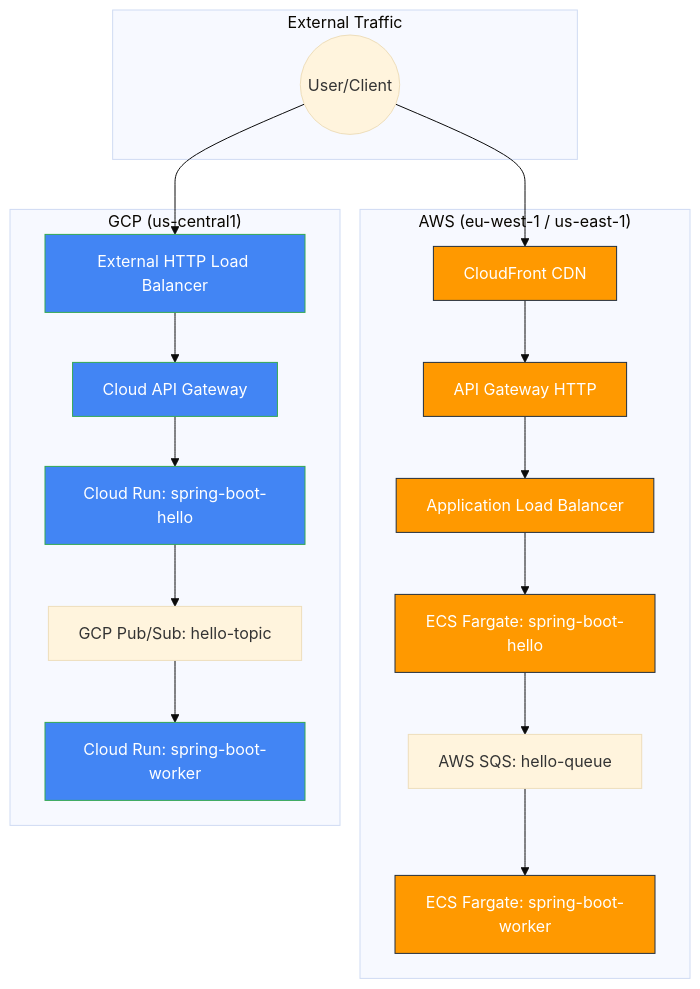
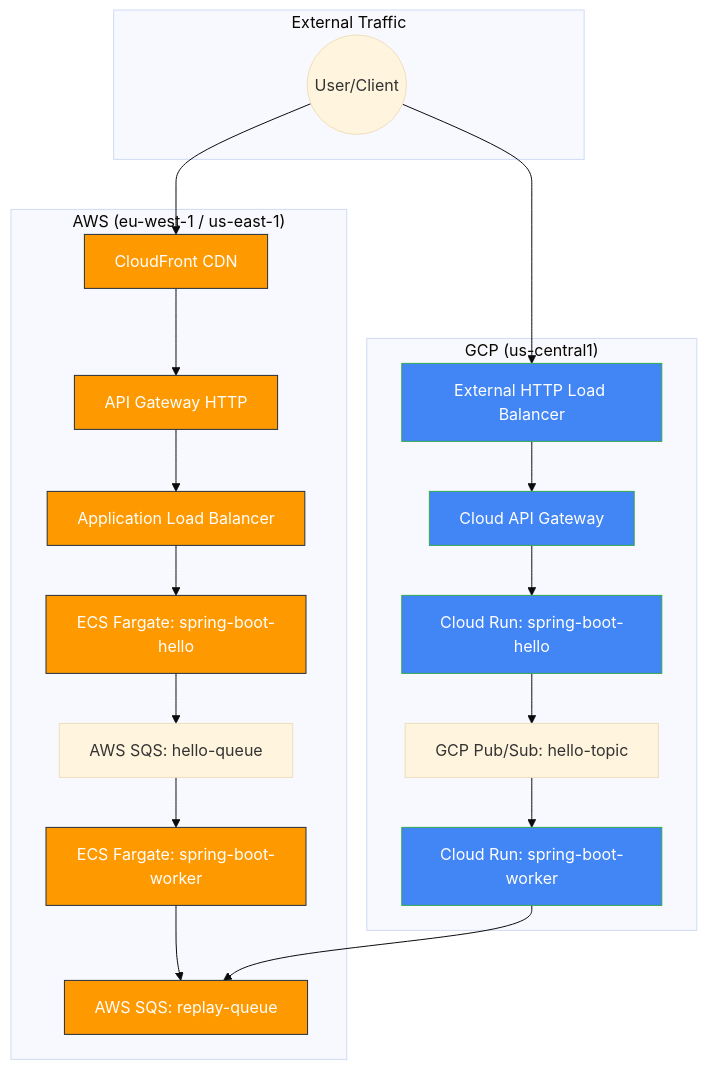
Before and after one commit to Dale-Harrison/multi-cloud-test: the diagram in ARCHITECTURE.md, drawn with Mermaid (base theme). The commit also changed other lines of this file and 1 other file, not shown here.

Commit message:
docs: update architecture diagrams with replay-queue

````diff
--- a/ARCHITECTURE.md
+++ b/ARCHITECTURE.md
@@ -9,50 +9,54 @@
 ```mermaid
 graph TD
     subgraph "External Traffic"
         User((User/Client))
     end
 
     subgraph "AWS (eu-west-1 / us-east-1)"
         CF[CloudFront CDN]
         APIGW_AWS[API Gateway HTTP]
         ALB[Application Load Balancer]
         Hello_AWS[ECS Fargate: spring-boot-hello]
         SQS[AWS SQS: hello-queue]
         Worker_AWS[ECS Fargate: spring-boot-worker]
+        REPLAY[AWS SQS: replay-queue]
     end
 
     subgraph "GCP (us-central1)"
         GCLB[External HTTP Load Balancer]
         APIGW_GCP[Cloud API Gateway]
         Hello_GCP[Cloud Run: spring-boot-hello]
         PubSub[GCP Pub/Sub: hello-topic]
         Worker_GCP[Cloud Run: spring-boot-worker]
     end
 
     %% AWS Flow
     User --> CF
     CF --> APIGW_AWS
     APIGW_AWS --> ALB
     ALB --> Hello_AWS
     Hello_AWS --> SQS
     SQS --> Worker_AWS
+    Worker_AWS --> REPLAY
 
     %% GCP Flow
     User --> GCLB
     GCLB --> APIGW_GCP
     APIGW_GCP --> Hello_GCP
     Hello_GCP --> PubSub
     PubSub --> Worker_GCP
+    Worker_GCP --> REPLAY
 
     %% Styling
     style CF fill:#ff9900,stroke:#232f3e,color:#fff
     style APIGW_AWS fill:#ff9900,stroke:#232f3e,color:#fff
     style ALB fill:#ff9900,stroke:#232f3e,color:#fff
     style Hello_AWS fill:#ff9900,stroke:#232f3e,color:#fff
     style Worker_AWS fill:#ff9900,stroke:#232f3e,color:#fff
+    style REPLAY fill:#ff9900,stroke:#232f3e,color:#fff
     
     style GCLB fill:#4285F4,stroke:#34A853,color:#fff
     style APIGW_GCP fill:#4285F4,stroke:#34A853,color:#fff
     style Hello_GCP fill:#4285F4,stroke:#34A853,color:#fff
     style Worker_GCP fill:#4285F4,stroke:#34A853,color:#fff
 ```
````
